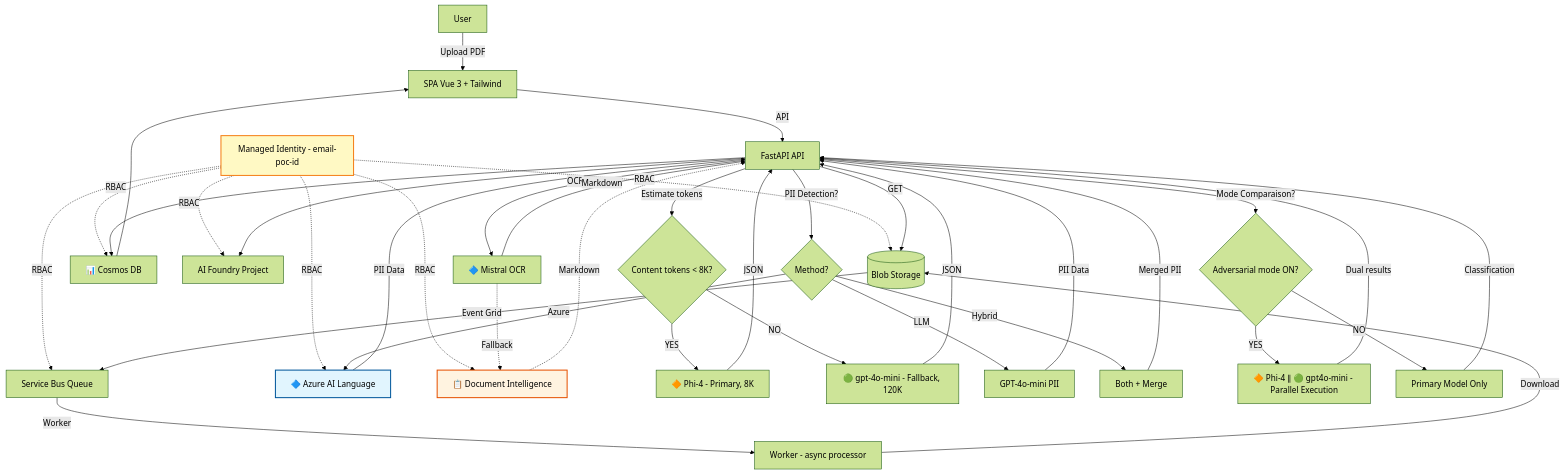
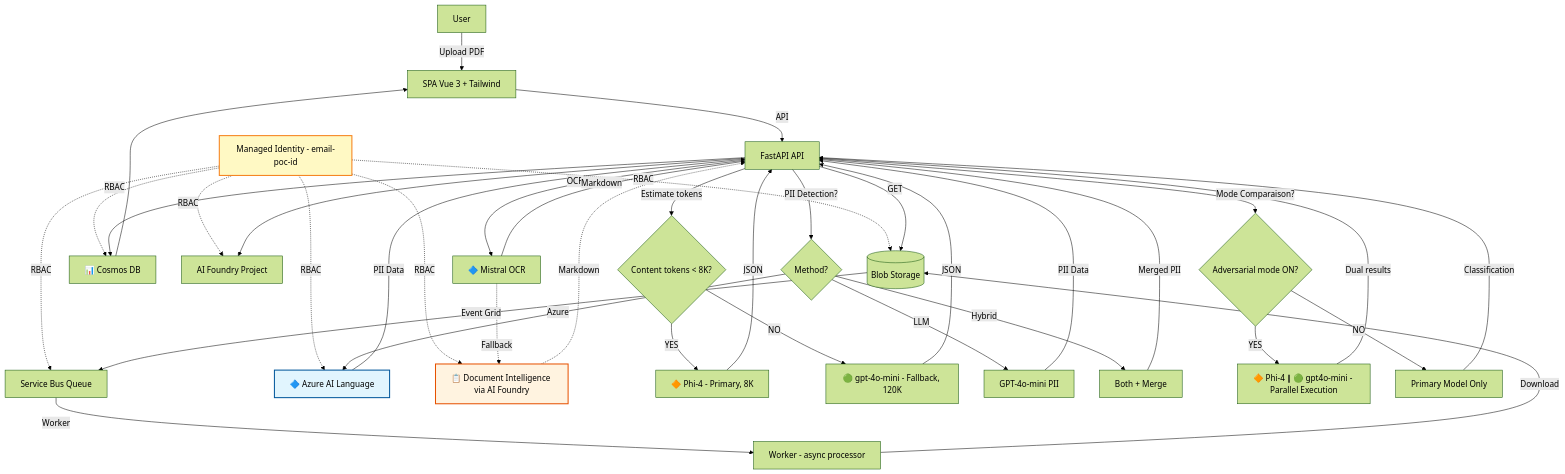
One commit to olivMertens/ClassyMail changed the diagram in README.md. Above: the diagram before and after it, drawn with Mermaid (forest theme). The commit also changed other lines of this file and 10 other files, not shown here.

First line of the commit message:
docs: update DI architecture to reflect AI Foundry endpoint integration

````diff
--- a/README.md
+++ b/README.md
@@ -31,50 +31,50 @@
 ```mermaid
 flowchart TD
     user[User] -->|Upload PDF| ui["SPA Vue 3 + Tailwind"]
     ui -->|API| api["FastAPI API"]
     mi["Managed Identity - email-poc-id"] -.->|RBAC| blob
     mi -.->|RBAC| sbq
     mi -.->|RBAC| cosmos
     mi -.->|RBAC| ai
     mi -.->|RBAC| lang
     mi -.->|RBAC| di
 
     api -->|GET| blob[(Blob Storage)]
     blob -->|Event Grid| sbq["Service Bus Queue"]
     sbq -->|Worker| worker["Worker - async processor"]
 
     worker -->|Download| blob
     api -->|OCR| ocr["🔷 Mistral OCR"]
     ocr -->|Markdown| api
-    ocr -.->|Fallback| di["📋 Document Intelligence"]
+    ocr -.->|Fallback| di["📋 Document Intelligence via AI Foundry"]
     di -.->|Markdown| api
 
     api -->|Estimate tokens| tokencheck{"Content tokens < 8K?"}
     tokencheck -->|YES| phi4["🔶 Phi-4 - Primary, 8K"]
     tokencheck -->|NO| gpt["🟢 gpt-4o-mini - Fallback, 120K"]
 
     api -->|PII Detection?| piicheck{"Method?"}
     piicheck -->|LLM| gpt_pii["GPT-4o-mini PII"]
     piicheck -->|Azure| lang["🔷 Azure AI Language"]
     piicheck -->|Hybrid| both["Both + Merge"]
 
     api -->|Mode Comparaison?| compcheck{"Adversarial mode ON?"}
     compcheck -->|YES| dual["🔶 Phi-4 ∥ 🟢 gpt4o-mini - Parallel Execution"]
     compcheck -->|NO| primary["Primary Model Only"]
 
     phi4 -->|JSON| api
     gpt -->|JSON| api
     gpt_pii -->|PII Data| api
     lang -->|PII Data| api
     both -->|Merged PII| api
     dual -->|Dual results| api
     primary -->|Classification| api
 
     api --> cosmos["📊 Cosmos DB"]
     api --> ai["AI Foundry Project"]
     cosmos --> ui
 
     style mi fill:#fff9c4,stroke:#f57f17,stroke-width:2px
     style lang fill:#e1f5fe,stroke:#01579b,stroke-width:2px
     style di fill:#fff3e0,stroke:#e65100,stroke-width:2px
 ```
````
